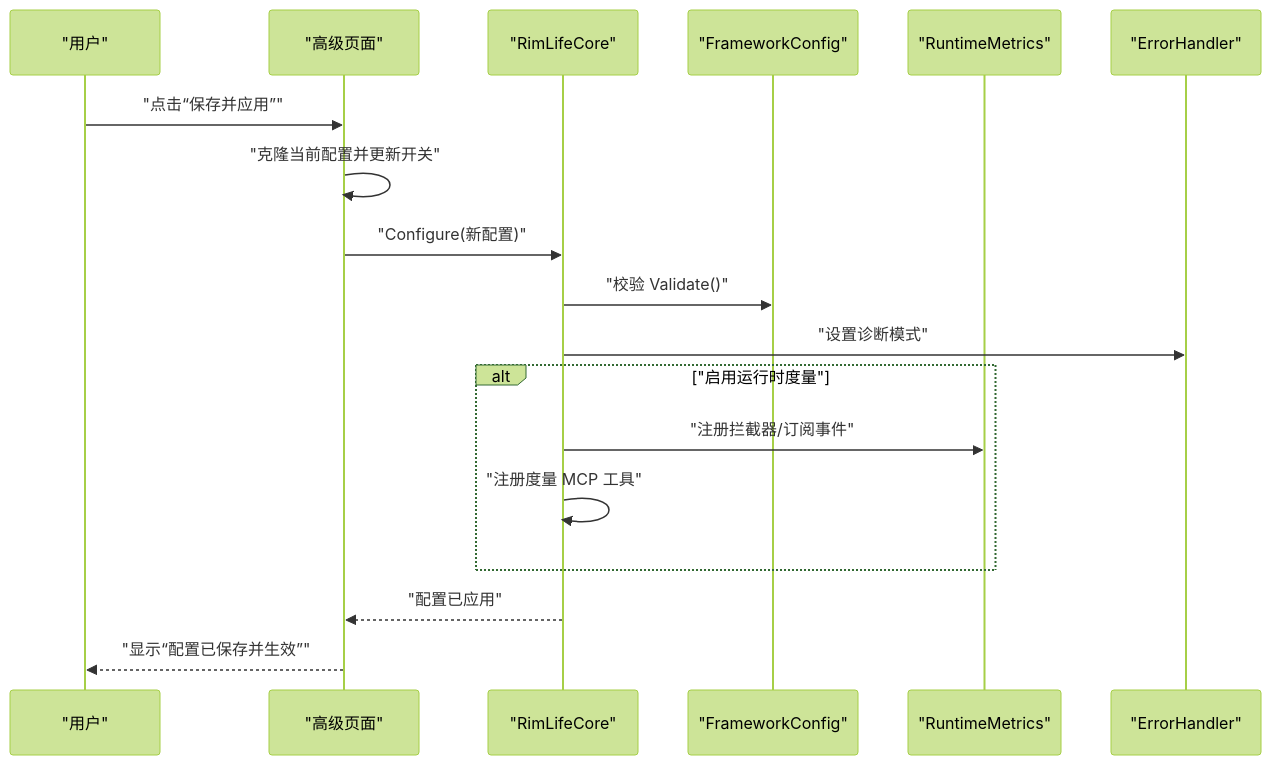
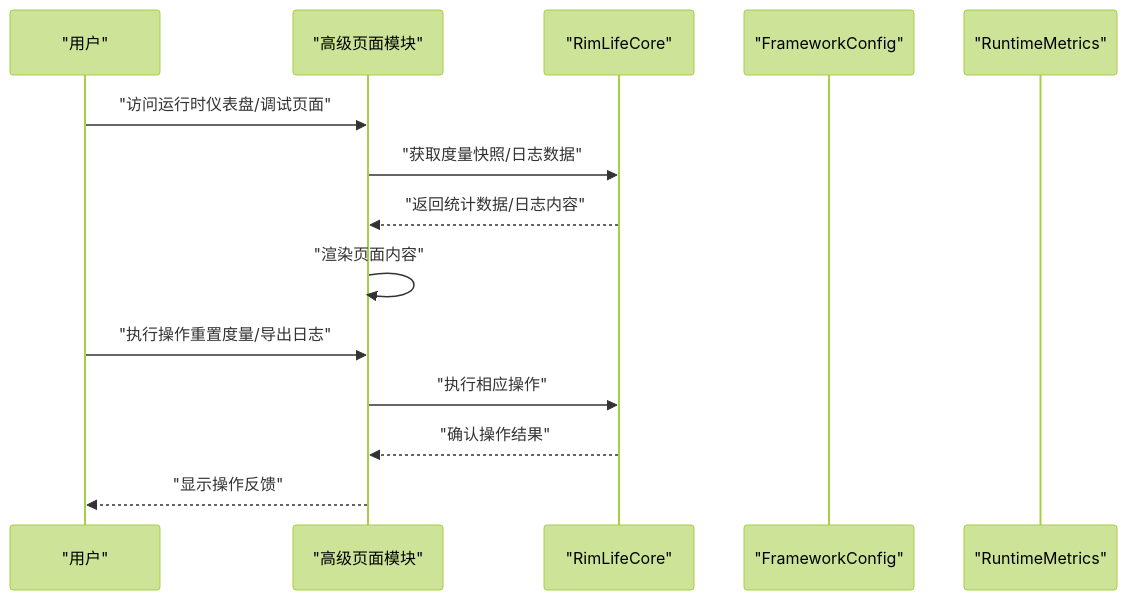
One commit to suzvka/RimLife changed the second of 8 diagrams in .qoder/repowiki/zh/content/用户界面系统/高级页面.md. Above: the diagram before and after it, drawn with Mermaid (forest theme). The commit also changed other lines of this file and 19 other files, not shown here.

````diff
--- a/.qoder/repowiki/zh/content/用户界面系统/高级页面.md
+++ b/.qoder/repowiki/zh/content/用户界面系统/高级页面.md
@@ -126,20 +136,16 @@
 ```mermaid
 sequenceDiagram
 participant U as "用户"
-participant UI as "高级页面"
+participant UI as "高级页面模块"
 participant Core as "RimLifeCore"
 participant Cfg as "FrameworkConfig"
 participant Met as "RuntimeMetrics"
-participant Err as "ErrorHandler"
-U->>UI : "点击“保存并应用”"
-UI->>UI : "克隆当前配置并更新开关"
-UI->>Core : "Configure(新配置)"
-Core->>Cfg : "校验 Validate()"
-Core->>Err : "设置诊断模式"
-alt "启用运行时度量"
-Core->>Met : "注册拦截器/订阅事件"
-Core->>Core : "注册度量 MCP 工具"
-end
-Core-->>UI : "配置已应用"
-UI-->>U : "显示“配置已保存并生效”"
+U->>UI : "访问运行时仪表盘/调试页面"
+UI->>Core : "获取度量快照/日志数据"
+Core-->>UI : "返回统计数据/日志内容"
+UI->>UI : "渲染页面内容"
+U->>UI : "执行操作重置度量/导出日志"
+UI->>Core : "执行相应操作"
+Core-->>UI : "确认操作结果"
+UI-->>U : "显示操作反馈"
 ```
````
